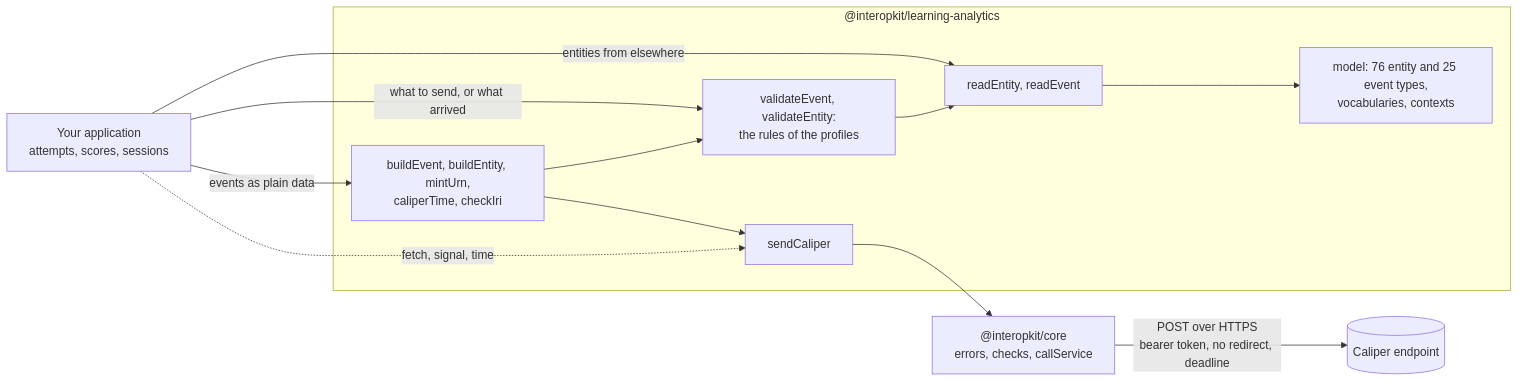
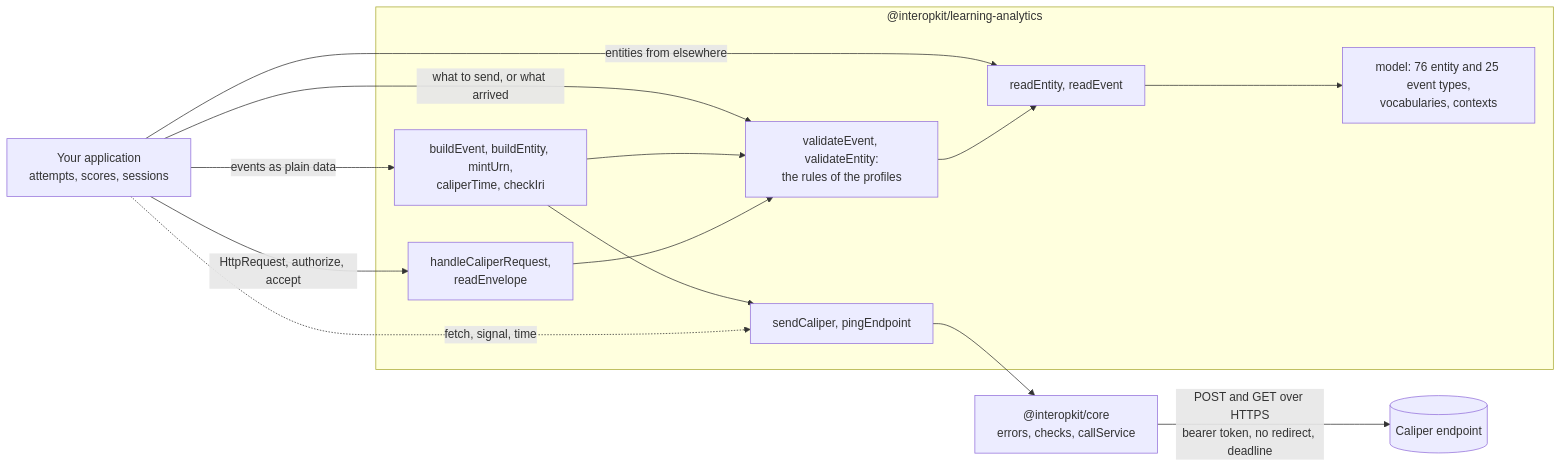
The diagram in packages/learning-analytics/README.md (interopkit/interopkit), drawn with Mermaid before and after one commit. The commit also changed other lines of this file and 51 other files, not shown here.

First line of the commit message:
Send entity describes and ask for the configuration, and receive envelopes at an endpoint that authorizes before it parses

````diff
--- a/packages/learning-analytics/README.md
+++ b/packages/learning-analytics/README.md
@@ -9,23 +9,26 @@
 ```mermaid
 flowchart LR
   host["Your application<br/>attempts, scores, sessions"]
   subgraph pkg["@interopkit/learning-analytics"]
     model["model: 76 entity and 25 event types,<br/>vocabularies, contexts"]
     read["readEntity, readEvent"]
     validate["validateEvent, validateEntity:<br/>the rules of the profiles"]
     build["buildEvent, buildEntity, mintUrn,<br/>caliperTime, checkIri"]
-    send["sendCaliper"]
+    send["sendCaliper, pingEndpoint"]
+    endpointNode["handleCaliperRequest,<br/>readEnvelope"]
   end
   core["@interopkit/core<br/>errors, checks, callService"]
   endpoint[("Caliper endpoint")]
   host -->|"events as plain data"| build
   host -->|"entities from elsewhere"| read
   host -->|"what to send, or what arrived"| validate
   read --> model
   validate --> read
   build --> validate
   build --> send
+  endpointNode --> validate
   host -.->|"fetch, signal, time"| send
   send --> core
-  core -->|"POST over HTTPS<br/>bearer token, no redirect, deadline"| endpoint
+  core -->|"POST and GET over HTTPS<br/>bearer token, no redirect, deadline"| endpoint
+  host -->|"HttpRequest, authorize, accept"| endpointNode
 ```
````
